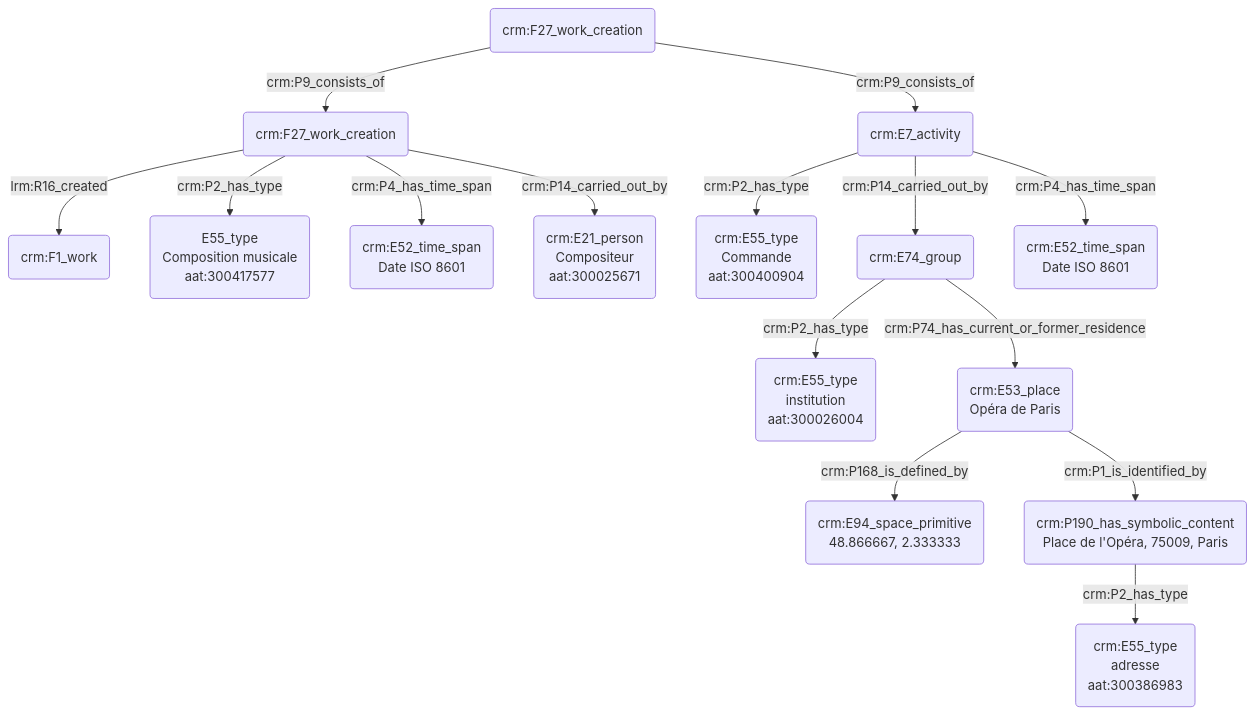
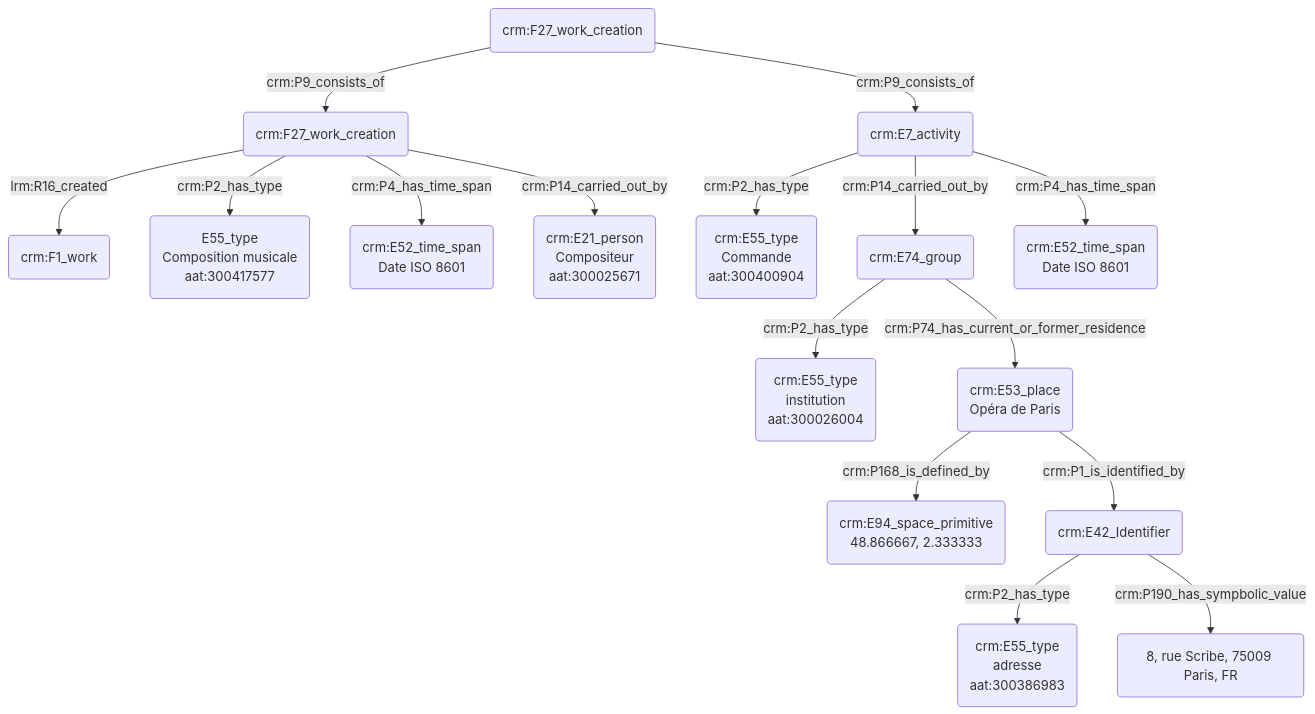
The diagram in modules/livrables/Dossier 2/Indexation conceptuelle/commanditaire d'une œuvre.md (Amleth/consortium-musica2-gt2-ontologies), drawn with Mermaid before and after one commit.

Commit message:
Update commanditaire d'une œuvre.md

````diff
--- a/modules/livrables/Dossier 2/Indexation conceptuelle/commanditaire d'une œuvre.md
+++ b/modules/livrables/Dossier 2/Indexation conceptuelle/commanditaire d'une œuvre.md
@@ -17,25 +17,26 @@
 ```mermaid
 graph TD;
 
 M(crm:F27_work_creation) --> |crm:P9_consists_of| A(crm:F27_work_creation)
 M(crm:F27_work_creation) --> |crm:P9_consists_of| C(crm:E7_activity)
 
 A(crm:F27_work_creation) --> |lrm:R16_created| B(crm:F1_work)
 A(crm:F27_work_creation) --> |crm:P2_has_type| N(E55_type<br>Composition musicale<br>aat:300417577)
 A(crm:F27_work_creation) --> |crm:P4_has_time_span| J(crm:E52_time_span<br>Date ISO 8601)
 A(crm:F27_work_creation) --> |crm:P14_carried_out_by| L(crm:E21_person<br>Compositeur<br>aat:300025671)
 
 C(crm:E7_activity) --> |crm:P2_has_type| D(crm:E55_type<br>Commande<br>aat:300400904)
 C(crm:E7_activity) --> |crm:P14_carried_out_by| E(crm:E74_group)
 C(crm:E7_activity) --> |crm:P4_has_time_span| K(crm:E52_time_span<br>Date ISO 8601)
 E(crm:E74_group) -->|crm:P2_has_type| F(crm:E55_type<br>institution<br>aat:300026004)
 E(crm:E74_group) --> |crm:P74_has_current_or_former_residence| I(crm:E53_place<br>Opéra de Paris)
 I(crm:E53_place<br>Opéra de Paris) --> |crm:P168_is_defined_by| G(crm:E94_space_primitive
 48.866667, 2.333333)
 
-I(crm:E53_place<br>Opéra de Paris) --> |crm:P1_is_identified_by| S(crm:P190_has_symbolic_content<br>Quai François Mauriac, 75706 Paris)
-S(crm:P190_has_symbolic_content<br>Place de l'Opéra, 75009, Paris) --> |crm:P2_has_type| T(crm:E55_type<br>adresse<br>aat:300386983) 
+I(crm:E53_place<br>Opéra de Paris) --> |crm:P1_is_identified_by| S(crm:E42_Identifier<br>Quai François Mauriac, 75706 Paris)
+S(crm:E42_Identifier) --> |crm:P2_has_type| T(crm:E55_type<br>adresse<br>aat:300386983)
+S(crm:E42_Identifier) --> |crm:P190_has_sympbolic_value| U(8, rue Scribe, 75009 Paris, FR)
 
 
 
 ```
````
